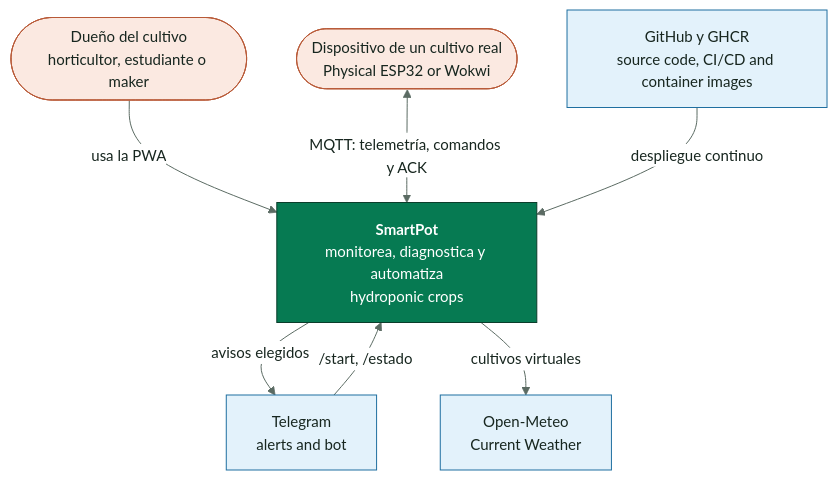
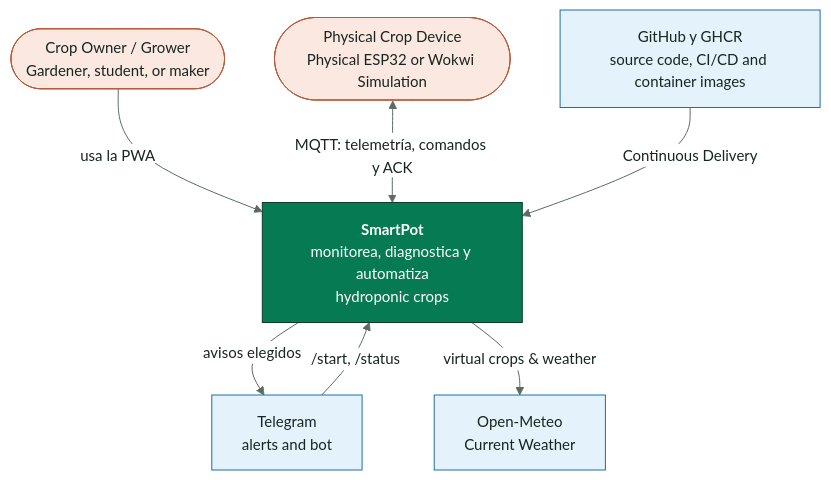
Before and after one commit to SmartPotTech/.github: the diagram in docs/diagrams/SmartPot_26_C4_Context.mmd, drawn with Mermaid. The commit also changed 78 other files, not shown here.

Commit message:
docs(architecture): update and standardize architecture diagrams via archify [skip deploy] #no-deploy

```diff
--- a/docs/diagrams/SmartPot_26_C4_Context.mmd
+++ b/docs/diagrams/SmartPot_26_C4_Context.mmd
@@ -1,24 +1,24 @@
 %%{init: {"theme": "base", "fontFamily": "Segoe UI, Arial, sans-serif", "themeVariables": {"fontFamily": "Segoe UI, Arial, sans-serif", "fontSize": "15px", "primaryColor": "#DDF5EA", "primaryTextColor": "#17261F", "primaryBorderColor": "#067A52", "secondaryColor": "#E3F2FB", "secondaryTextColor": "#17261F", "secondaryBorderColor": "#1F6FA0", "tertiaryColor": "#F2F7F4", "tertiaryTextColor": "#17261F", "tertiaryBorderColor": "#D5E3DC", "lineColor": "#5B6B63", "textColor": "#17261F", "mainBkg": "#DDF5EA", "nodeBorder": "#067A52", "clusterBkg": "#F7FAF8", "clusterBorder": "#D5E3DC", "edgeLabelBackground": "#FFFFFF", "actorBkg": "#067A52", "actorBorder": "#0B3D2B", "actorTextColor": "#FFFFFF", "actorLineColor": "#5B6B63", "signalColor": "#17261F", "signalTextColor": "#17261F", "labelBoxBkgColor": "#0B3D2B", "labelBoxBorderColor": "#0B3D2B", "labelTextColor": "#FFFFFF", "loopTextColor": "#0B3D2B", "noteBkgColor": "#FDF4DD", "noteBorderColor": "#C98D12", "noteTextColor": "#17261F", "activationBkgColor": "#DDF5EA", "activationBorderColor": "#067A52", "attributeBackgroundColorOdd": "#FFFFFF", "attributeBackgroundColorEven": "#F2F7F4"}}}%%
 flowchart TB
-  persona(["Dueño del cultivo<br/>horticultor, estudiante o maker"])
+  persona(["Crop Owner / Grower<br/>Gardener, student, or maker"])
   smartpot["<b>SmartPot</b><br/>monitorea, diagnostica y automatiza<br/>hydroponic crops"]
-  maceta(["Dispositivo de un cultivo real<br/>Physical ESP32 or Wokwi"])
+  maceta(["Physical Crop Device<br/>Physical ESP32 or Wokwi Simulation"])
   telegram["Telegram<br/>alerts and bot"]
   weather["Open-Meteo<br/>Current Weather"]
   github["GitHub y GHCR<br/>source code, CI/CD and container images"]
   persona -->|"usa la PWA"| smartpot
   maceta <-->|"MQTT: telemetría, comandos y ACK"| smartpot
   smartpot -->|"avisos elegidos"| telegram
-  telegram -->|"/start, /estado"| smartpot
-  smartpot -->|"cultivos virtuales"| weather
-  github -->|"despliegue continuo"| smartpot
+  telegram -->|"/start, /status"| smartpot
+  smartpot -->|"virtual crops & weather"| weather
+  github -->|"Continuous Delivery"| smartpot
   classDef leaf fill:#DDF5EA,stroke:#067A52,color:#17261F
   classDef water fill:#E3F2FB,stroke:#1F6FA0,color:#17261F
   classDef sun fill:#FDF4DD,stroke:#C98D12,color:#17261F
   classDef clay fill:#FBE9E1,stroke:#B85A38,color:#17261F
   classDef core fill:#067A52,stroke:#0B3D2B,color:#FFFFFF
   classDef deep fill:#0B3D2B,stroke:#06281C,color:#FFFFFF
   classDef muted fill:#F2F7F4,stroke:#5B6B63,color:#17261F
   class persona,maceta clay
   class smartpot core
   class telegram,weather,github water
```
